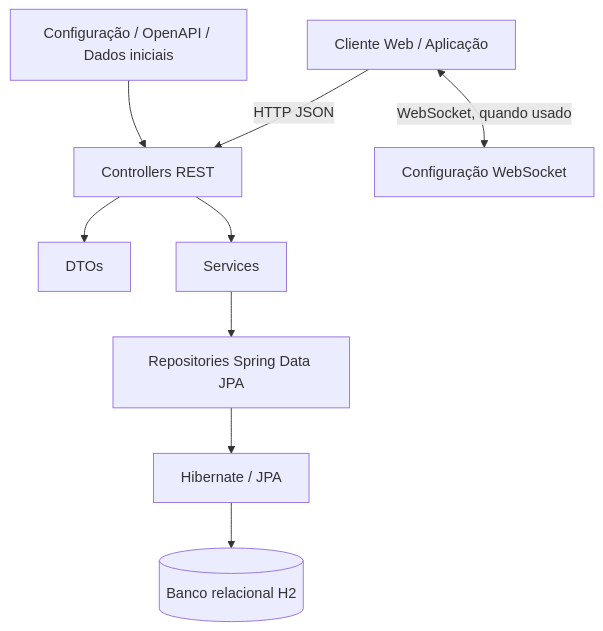
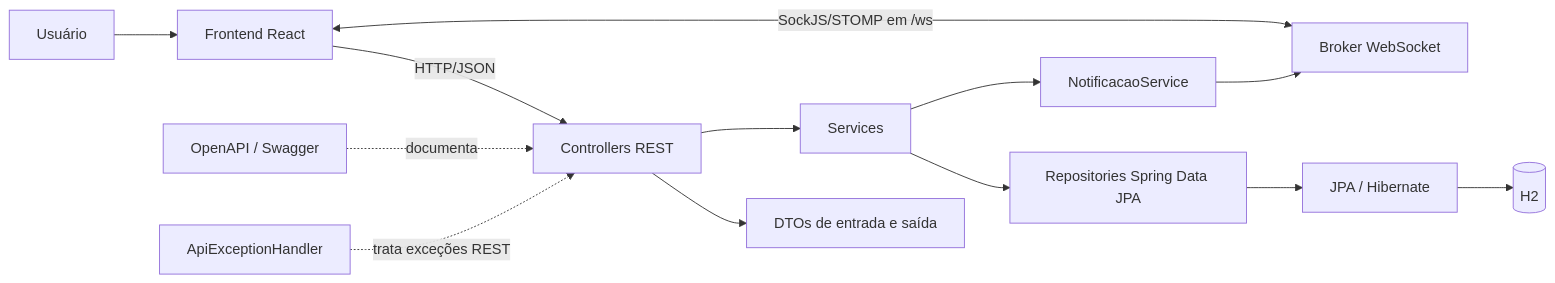
The first of 6 diagrams in backend/docs/ARQUITETURA_E_MODELO.md (anaclat/prosigaa), drawn with Mermaid before and after one commit. The commit also changed other lines of this file, not shown here.

Commit message:
docs: atualiza diagrama de classes com enums

````diff
--- a/backend/docs/ARQUITETURA_E_MODELO.md
+++ b/backend/docs/ARQUITETURA_E_MODELO.md
@@ -5,11 +5,15 @@
 ```mermaid
-flowchart TD
-    Cliente[Cliente Web / Aplicação] -->|HTTP JSON| C[Controllers REST]
-    Cliente <-->|WebSocket, quando usado| WS[Configuração WebSocket]
-    C --> D[DTOs]
+flowchart LR
+    U[Usuário] --> FE[Frontend React]
+    FE -->|HTTP/JSON| C[Controllers REST]
+    FE <-->|SockJS/STOMP em /ws| WB[Broker WebSocket]
+    C --> DTO[DTOs de entrada e saída]
     C --> S[Services]
     S --> R[Repositories Spring Data JPA]
-    R --> ORM[Hibernate / JPA]
-    ORM --> DB[(Banco relacional H2)]
-    CFG[Configuração / OpenAPI / Dados iniciais] --> C
+    R --> JPA[JPA / Hibernate]
+    JPA --> DB[(H2)]
+    S --> NS[NotificacaoService]
+    NS --> WB
+    OE[OpenAPI / Swagger] -. documenta .-> C
+    EH[ApiExceptionHandler] -. trata exceções REST .-> C
 ```
````
